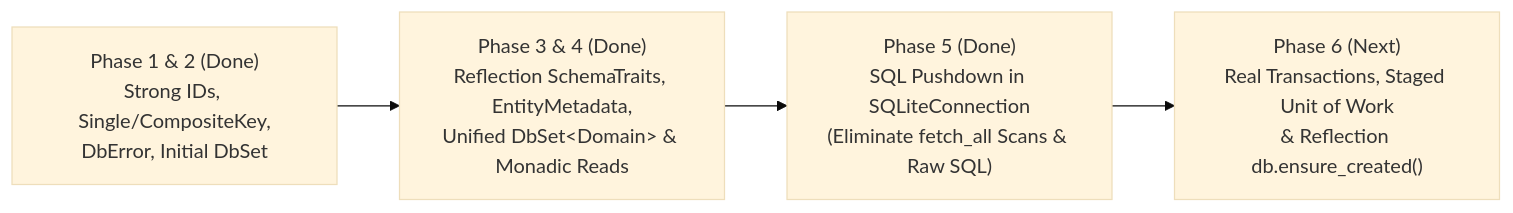
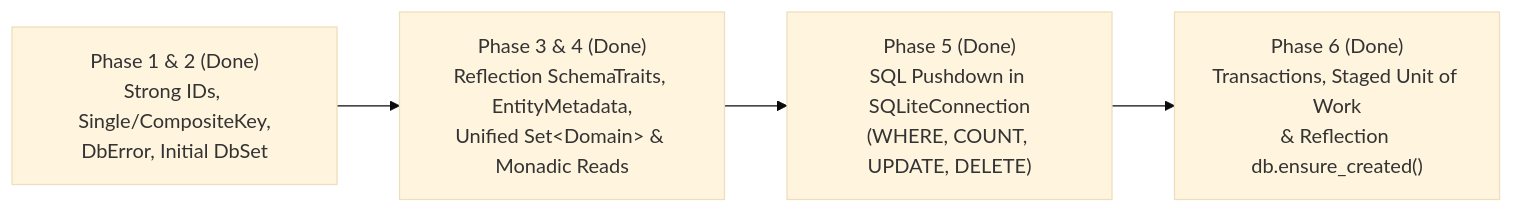
Before and after one commit to mythrz/CodeFirstCppDB_sqlgen: the first of 2 diagrams in readme4.md, drawn with Mermaid (base theme). The commit also changed other lines of this file, not shown here.

Commit message:
prep for phase 7 to 10

````diff
--- a/readme4.md
+++ b/readme4.md
@@ -434,6 +213,6 @@
 ```mermaid
 flowchart LR
-    P12["Phase 1 & 2 (Done)<br/>Strong IDs, Single/CompositeKey,<br/>DbError, Initial DbSet"] --> P34["Phase 3 & 4 (Done)<br/>Reflection SchemaTraits, EntityMetadata,<br/>Unified DbSet&lt;Domain&gt; &amp; Monadic Reads"]
-    P34 --> P5["Phase 5 (Done)<br/>SQL Pushdown in SQLiteConnection<br/>(Eliminate fetch_all Scans &amp; Raw SQL)"]
-    P5 --> P6["Phase 6 (Next)<br/>Real Transactions, Staged Unit of Work<br/>&amp; Reflection db.ensure_created()"]
+    P12["Phase 1 & 2 (Done)<br/>Strong IDs, Single/CompositeKey,<br/>DbError, Initial DbSet"] --> P34["Phase 3 & 4 (Done)<br/>Reflection SchemaTraits, EntityMetadata,<br/>Unified Set&lt;Domain&gt; &amp; Monadic Reads"]
+    P34 --> P5["Phase 5 (Done)<br/>SQL Pushdown in SQLiteConnection<br/>(WHERE, COUNT, UPDATE, DELETE)"]
+    P5 --> P6["Phase 6 (Done)<br/>Transactions, Staged Unit of Work<br/>&amp; Reflection db.ensure_created()"]
 ```
````
